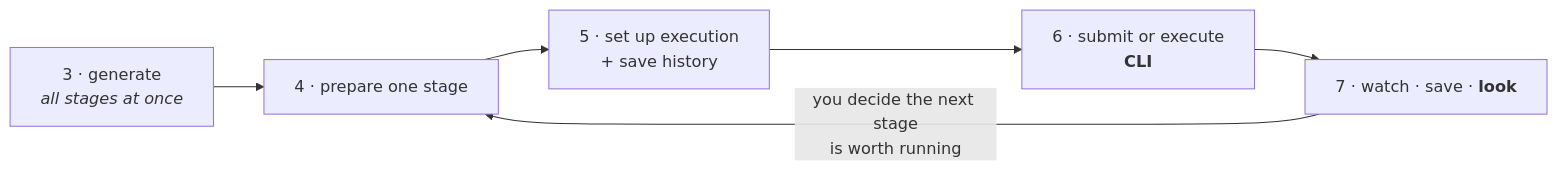
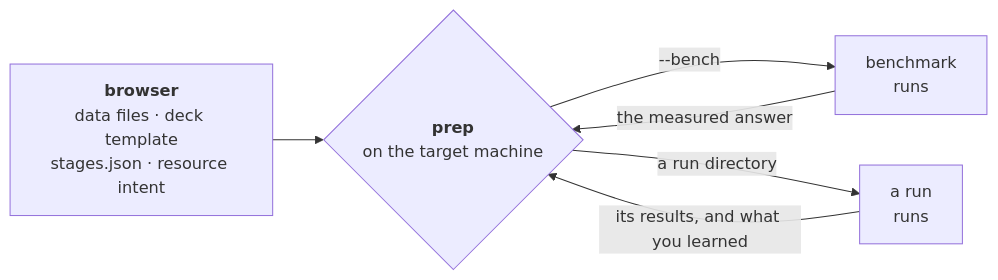
One commit to Qing-LAB/molbuilder changed the first of 2 diagrams in docs/execution/project-layout.md. Above: the diagram before and after it, drawn with Mermaid. The commit also changed other lines of this file and 3 other files, not shown here.

First line of the commit message:
docs: the browser writes a portable package; prep finishes it on the target

````diff
--- a/docs/execution/project-layout.md
+++ b/docs/execution/project-layout.md
@@ -355,8 +338,13 @@
 ```mermaid
 flowchart LR
-    G["3 · generate<br/><i>all stages at once</i>"] --> P["4 · prepare one stage"]
-    P --> X["5 · set up execution<br/>+ save history"]
-    X --> S["6 · submit or execute<br/><b>CLI</b>"]
-    S --> W["7 · watch · save · <b>look</b>"]
-    W -->|"you decide the next stage<br/>is worth running"| P
+    UI["<b>browser</b><br/>data files · deck template<br/>stages.json · resource intent"]
+    P{"<b>prep</b><br/>on the target machine"}
+    B["benchmark<br/>runs"]
+    R["a run<br/>runs"]
+
+    UI --> P
+    P -->|"--bench"| B
+    B -->|"the measured answer"| P
+    P -->|"a run directory"| R
+    R -->|"its results, and what you learned"| P
 ```
````
